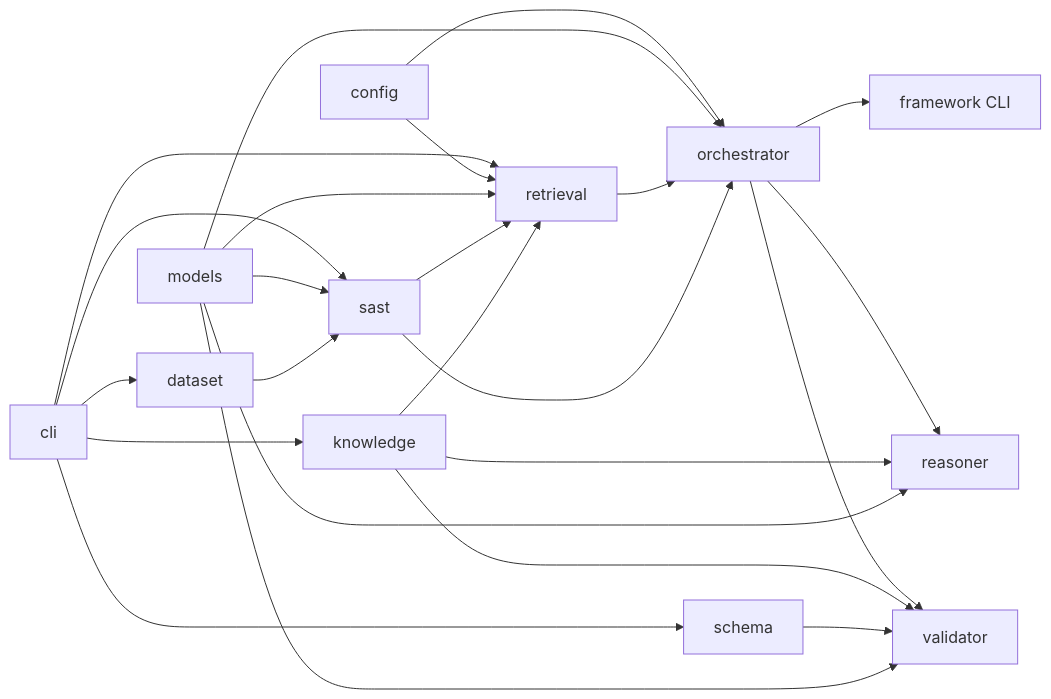
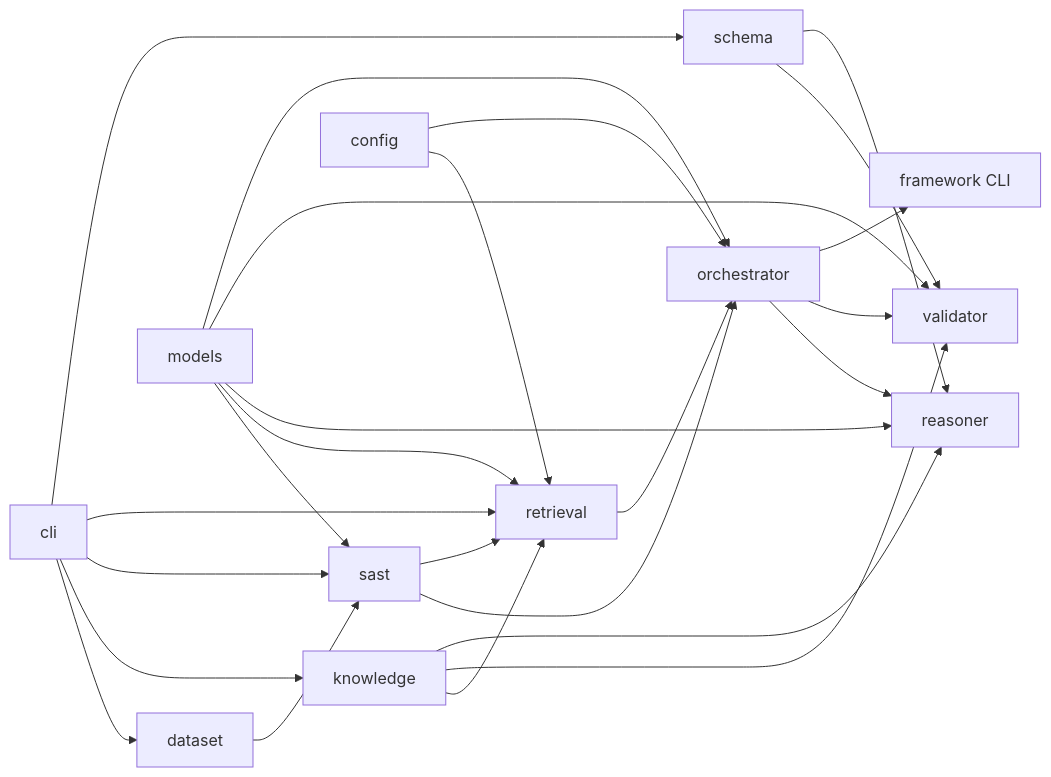
The diagram in docs/architecture.md (richa-code01/rag-multiagent-cwe-vuln), drawn with Mermaid before and after one commit. The commit also changed other lines of this file and 44 other files, not shown here.

````diff
--- a/docs/architecture.md
+++ b/docs/architecture.md
@@ -44,26 +44,27 @@
 ```mermaid
 flowchart LR
   dataset[dataset] --> sast[sast]
   sast --> orch[orchestrator]
   knowledge[knowledge] --> retrieval[retrieval]
   sast --> retrieval
   retrieval --> orch
   models[models] --> sast
   models --> retrieval
   models --> reasoner[reasoner]
   models --> validator[validator]
   models --> orch
   schema[schema] --> validator
+  schema --> reasoner
   knowledge --> validator
   knowledge --> reasoner
   orch --> reasoner
   orch --> validator
   orch --> framework[framework CLI]
   config[config] --> retrieval
   config --> orch
   cli[cli] --> dataset
   cli --> knowledge
   cli --> sast
   cli --> retrieval
   cli --> schema
 ```
````
